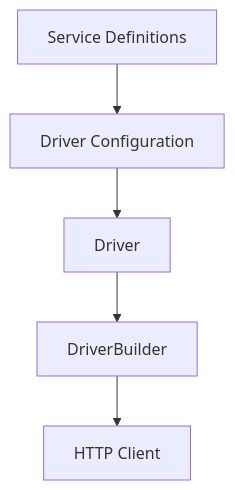
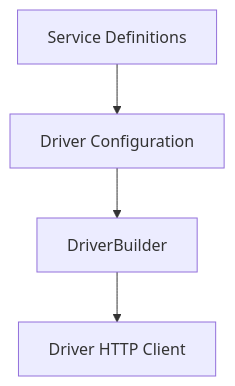
One commit to alvin0/http-driver changed the diagram in README.MD. Above: the diagram before and after it, drawn with Mermaid. The commit also changed other lines of this file, not shown here.

Commit message:
Update README to reflect changes in service architecture and remove outdated testing instructions

````diff
--- a/README.MD
+++ b/README.MD
@@ -23,7 +23,6 @@
 ```mermaid
 graph TD;
     A[Service Definitions] --> B[Driver Configuration];
-    B --> C[Driver];
-    C --> D[DriverBuilder];
-    D --> E[HTTP Client];
+    B --> C[DriverBuilder];
+    C --> D[Driver HTTP Client ];
 ```
````
